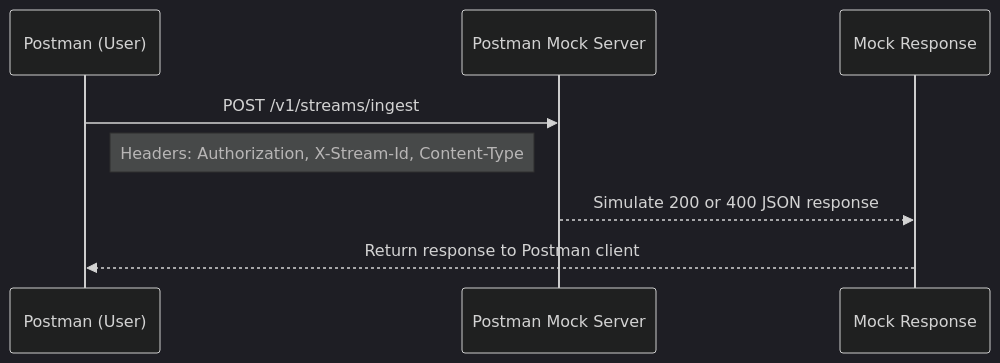
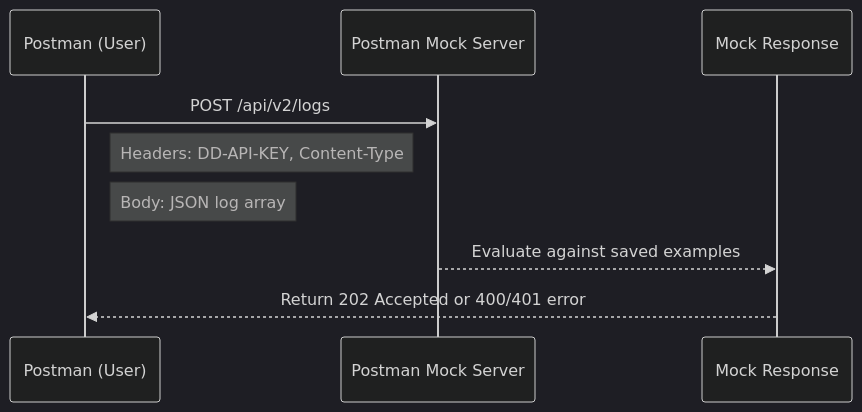
One commit to pvega62/software changed the diagram in raw-md-files/data-pipelines/using-postman-mock-server.md. Above: the diagram before and after it, drawn with Mermaid (dark theme). The commit also changed other lines of this file and 436 other files, not shown here.

````diff
--- a/raw-md-files/data-pipelines/using-postman-mock-server.md
+++ b/raw-md-files/data-pipelines/using-postman-mock-server.md
@@ -126,11 +126,12 @@
 ```mermaid
 sequenceDiagram
     participant Dev as Postman (User)
     participant Mock as Postman Mock Server
     participant Resp as Mock Response
 
-    Dev->>Mock: POST /v1/streams/ingest
-    Note right of Dev: Headers: Authorization, X-Stream-Id, Content-Type
-    Mock-->>Resp: Simulate 200 or 400 JSON response
-    Resp-->>Dev: Return response to Postman client
+    Dev->>Mock: POST /api/v2/logs
+    Note right of Dev: Headers: DD-API-KEY, Content-Type
+    Note right of Dev: Body: JSON log array
+    Mock-->>Resp: Evaluate against saved examples
+    Resp-->>Dev: Return 202 Accepted or 400/401 error
 ```
````
